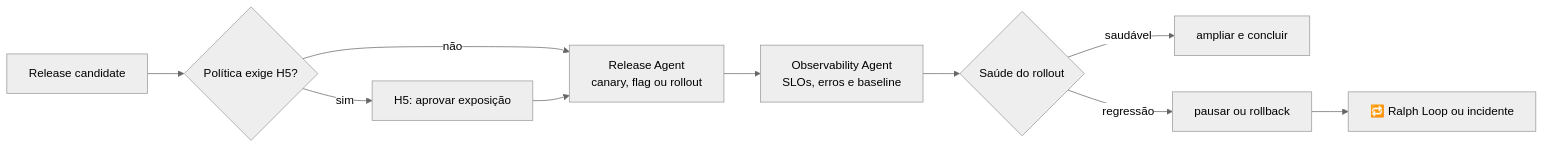
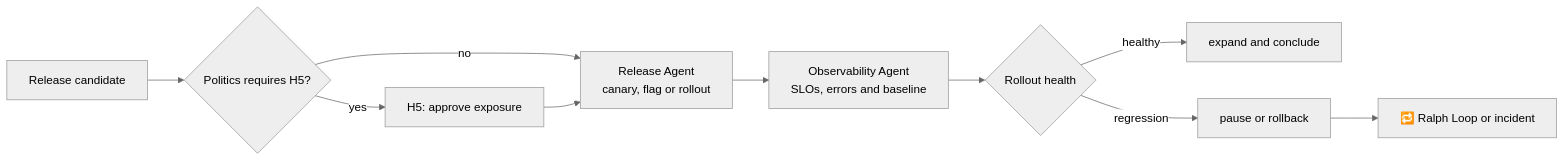
Before and after one commit to diododias/ai-manifest: the diagram in docs/loops/08-production-release-and-observation.md, drawn with Mermaid (neutral theme). The commit also changed other lines of this file and 294 other files, not shown here.

````diff
--- a/docs/loops/08-production-release-and-observation.md
+++ b/docs/loops/08-production-release-and-observation.md
@@ -24,12 +24,12 @@
 ```mermaid
 flowchart LR
-    A[Release candidate] --> B{Política exige H5?}
-    B -- sim --> C[H5: aprovar exposição]
-    B -- não --> D[Release Agent\ncanary, flag ou rollout]
+    A[Release candidate] --> B{Politics requires H5?}
+    B -- yes --> C[H5: approve exposure]
+    B -- no --> D[Release Agent\ncanary, flag or rollout]
     C --> D
-    D --> E[Observability Agent\nSLOs, erros e baseline]
-    E --> F{Saúde do rollout}
-    F -- saudável --> G[ampliar e concluir]
-    F -- regressão --> H[pausar ou rollback]
-    H --> I[🔁 Ralph Loop ou incidente]
+    D --> E[Observability Agent\nSLOs, errors and baseline]
+    E --> F{Rollout health}
+    F -- healthy --> G[expand and conclude]
+    F -- regression --> H[pause or rollback]
+    H --> I[🔁 Ralph Loop or incident]
 ```
````
